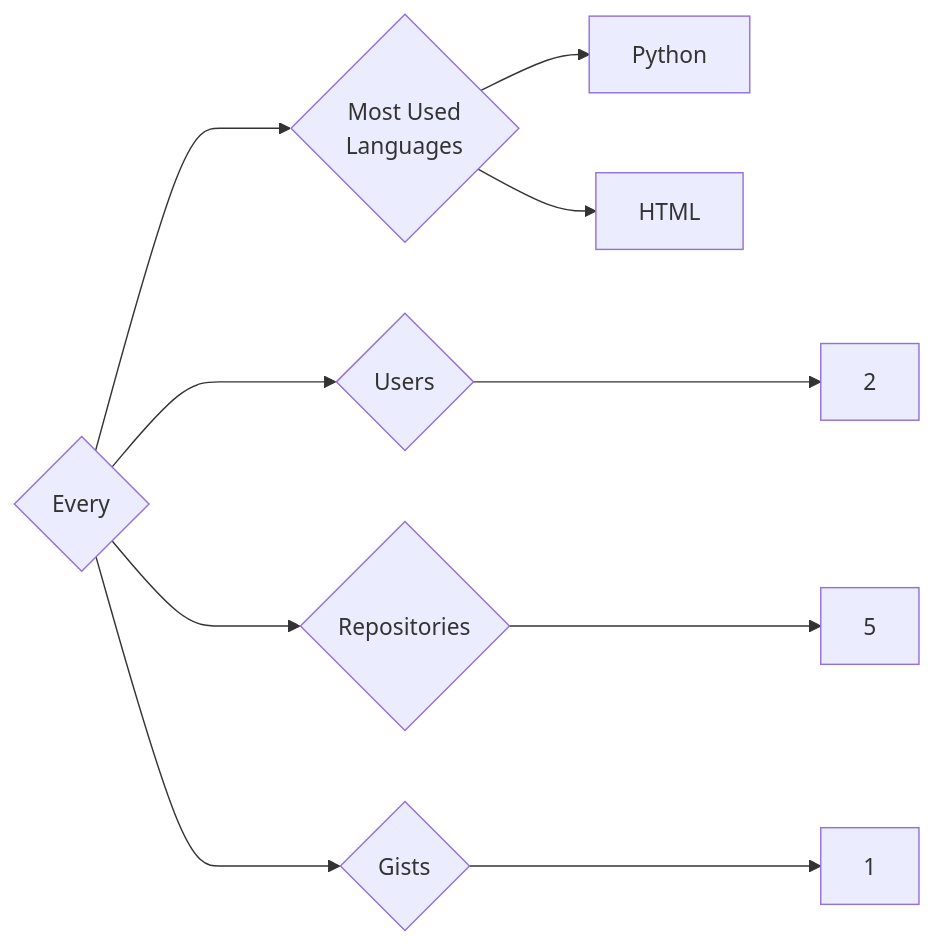
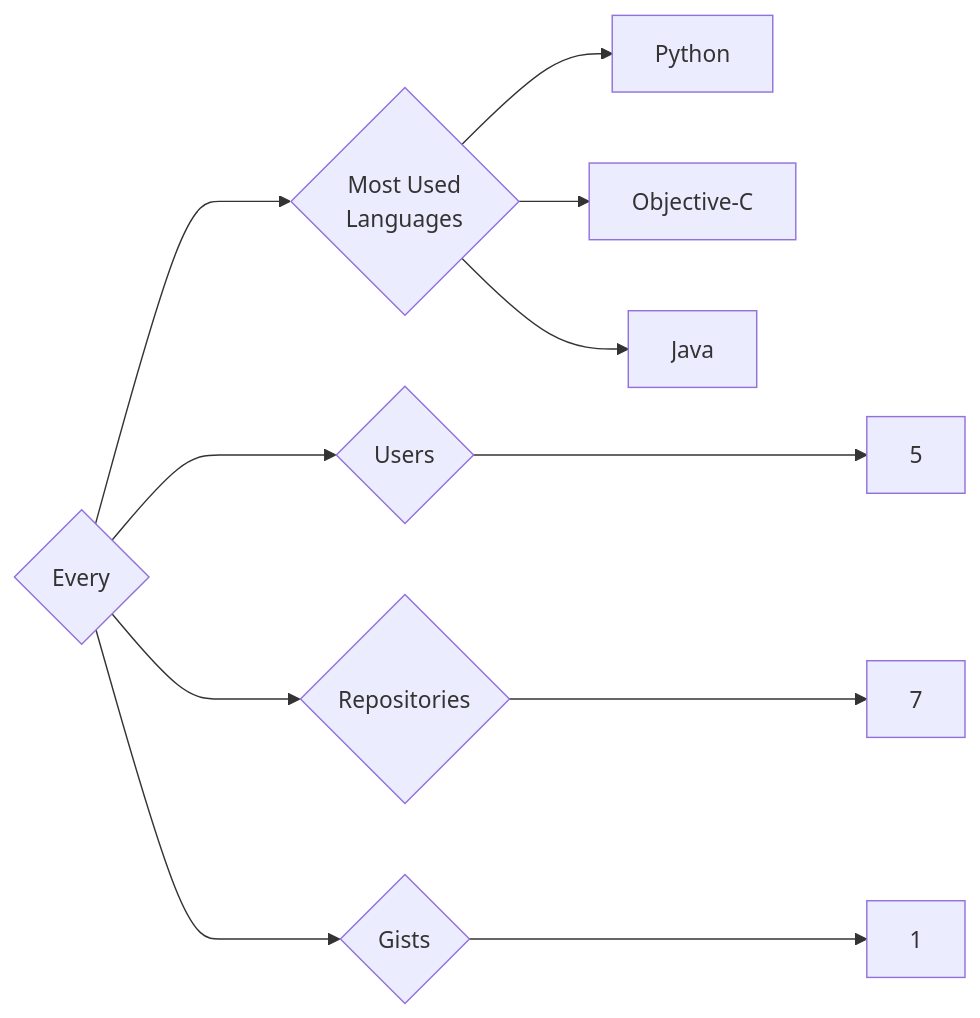
Before and after one commit to trickest/insiders: the diagram in targets/Every/README.md, drawn with Mermaid. The commit also changed 993 other files, not shown here.

````diff
--- a/targets/Every/README.md
+++ b/targets/Every/README.md
@@ -3,10 +3,11 @@
 ```mermaid
 graph LR
 COMPANY_NAME{Every}
-COMPANY_NAME ---> U{Users} ---> UN[2]
-COMPANY_NAME ---> R{Repositories} ---> RN[5]
+COMPANY_NAME ---> U{Users} ---> UN[5]
+COMPANY_NAME ---> R{Repositories} ---> RN[7]
 COMPANY_NAME ---> G{Gists} ---> GN[1]
 COMPANY_NAME ---> ML{Most Used<br>Languages}
 ML --> Python[Python]
-ML --> HTML[HTML]
+ML --> Objective-C[Objective-C]
+ML --> Java[Java]
 ```
````
